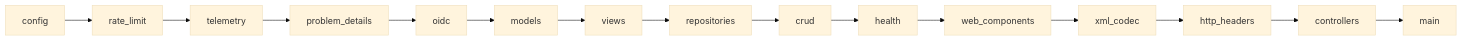
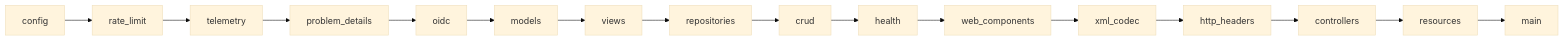
The first of 2 diagrams in src/app/README.md (crazyracer98/template-python), drawn with Mermaid (base theme) before and after one commit. The commit also changed other lines of this file and 27 other files, not shown here.

````diff
--- a/src/app/README.md
+++ b/src/app/README.md
@@ -52,7 +63,7 @@
 ```mermaid
 graph LR
     config --> rate_limit --> telemetry --> problem_details --> oidc
     oidc --> models --> views --> repositories --> crud --> health
     health --> web_components --> xml_codec --> http_headers
-    http_headers --> controllers --> main
+    http_headers --> controllers --> resources --> main
 ```
````
